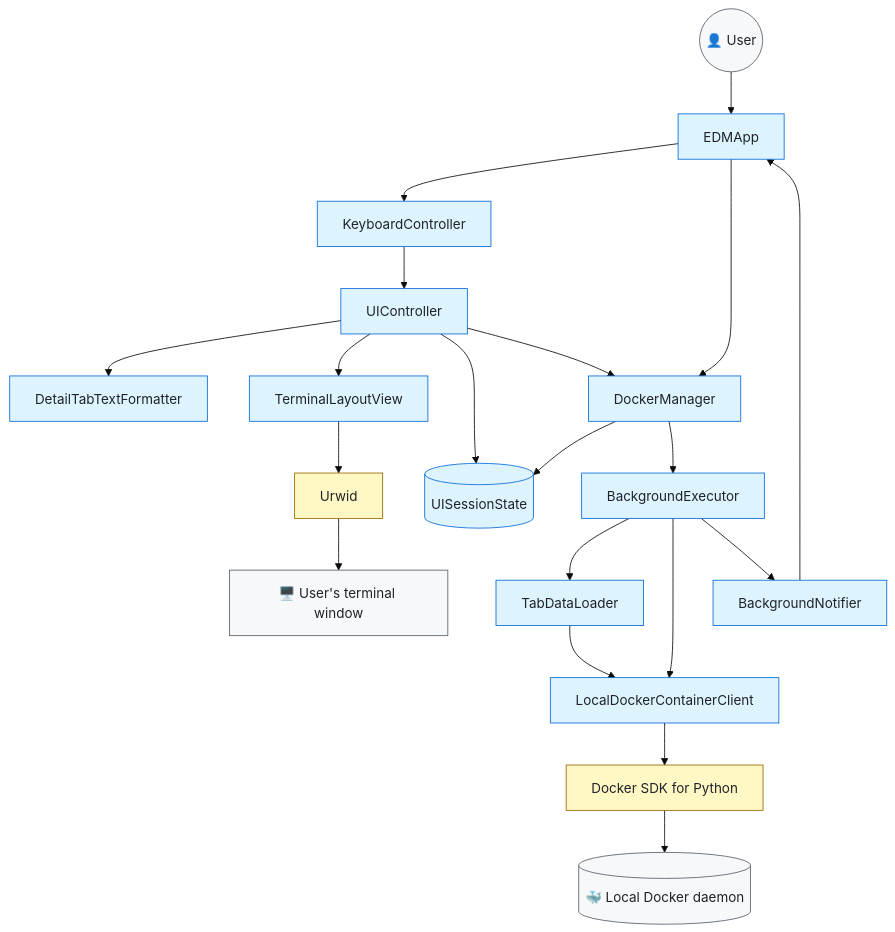
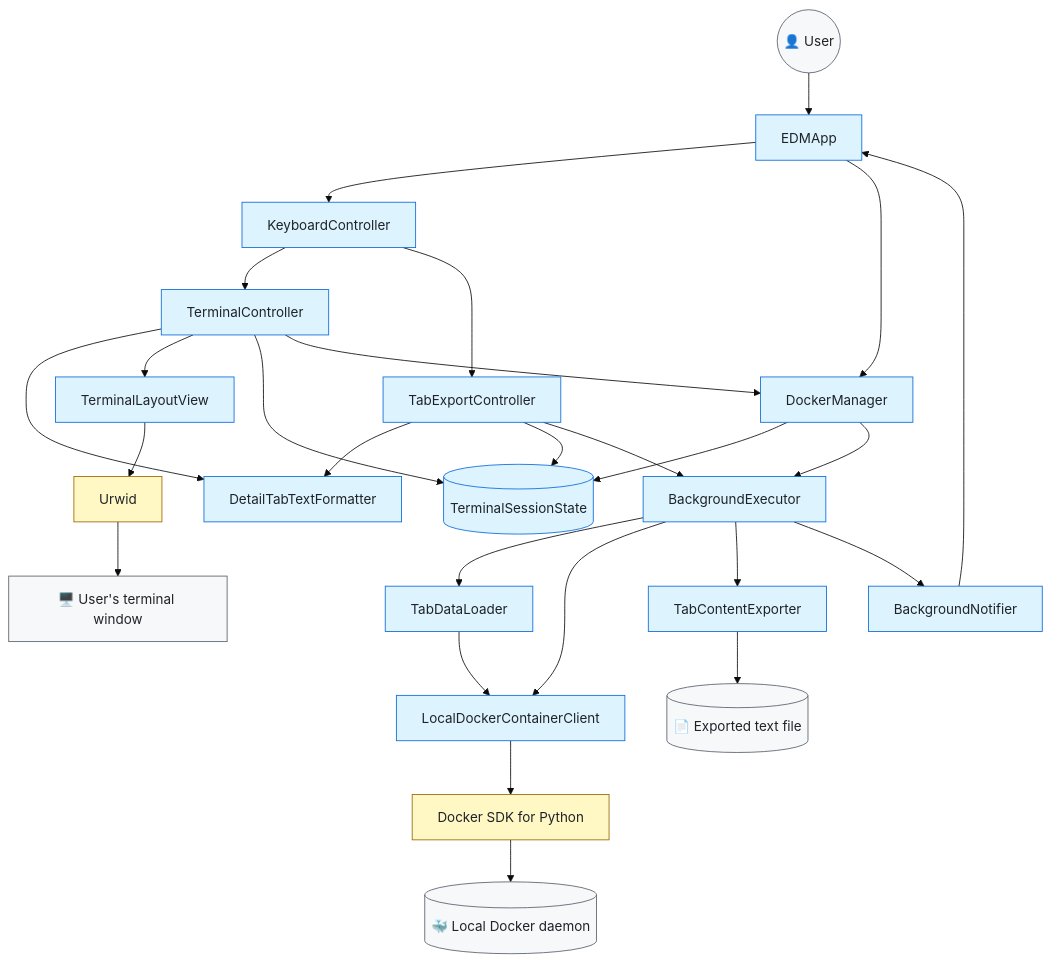
One commit to arabnejad/edm changed the first of 5 diagrams in DEVELOPMENT_GUIDE.md. Above: the diagram before and after it, drawn with Mermaid (base theme). The commit also changed other lines of this file and 31 other files, not shown here.

Commit message:
Add active tab content export (#46)

````diff
--- a/DEVELOPMENT_GUIDE.md
+++ b/DEVELOPMENT_GUIDE.md
@@ -77,43 +81,52 @@
 ```mermaid
 flowchart TD
     User(("👤 User"))
     App[EDMApp]
     Keyboard[KeyboardController]
-    UI[UIController]
-    State[(UISessionState)]
+    UI[TerminalController]
+    ExportController[TabExportController]
+    State[(TerminalSessionState)]
     DockerManager[DockerManager]
     Executor[BackgroundExecutor]
     Notifier[BackgroundNotifier]
     Loader[TabDataLoader]
     Client[LocalDockerContainerClient]
     DockerSDK[Docker SDK for Python]
     Docker[(🐳 Local Docker daemon)]
     Formatter[DetailTabTextFormatter]
+    Exporter[TabContentExporter]
+    File[(📄 Exported text file)]
     View[TerminalLayoutView]
     Urwid[Urwid]
     Terminal[🖥️ User's terminal window]
 
-    User --> App --> Keyboard --> UI
+    User --> App --> Keyboard
+    Keyboard --> UI
+    Keyboard --> ExportController
 
     UI --> Formatter
     UI --> View --> Urwid --> Terminal
     UI --> State
+    ExportController --> Formatter
+    ExportController --> State
+    ExportController --> Executor
 
     App --> DockerManager
     UI --> DockerManager
     DockerManager --> State
     DockerManager --> Executor
     Executor --> Loader --> Client
     Executor --> Client
+    Executor --> Exporter --> File
     Client --> DockerSDK --> Docker
 
     Executor --> Notifier --> App
 
     classDef edm fill:#ddf4ff,stroke:#0969da,color:#1f2328
     classDef thirdParty fill:#fff8c5,stroke:#9a6700,color:#1f2328
     classDef external fill:#f6f8fa,stroke:#57606a,color:#1f2328
 
-    class App,Keyboard,UI,State,DockerManager,Executor,Notifier,Loader,Client,Formatter,View edm
+    class App,Keyboard,UI,ExportController,State,DockerManager,Executor,Notifier,Loader,Client,Formatter,Exporter,View edm
     class DockerSDK,Urwid thirdParty
-    class User,Docker,Terminal external
+    class User,Docker,Terminal,File external
 ```
````
